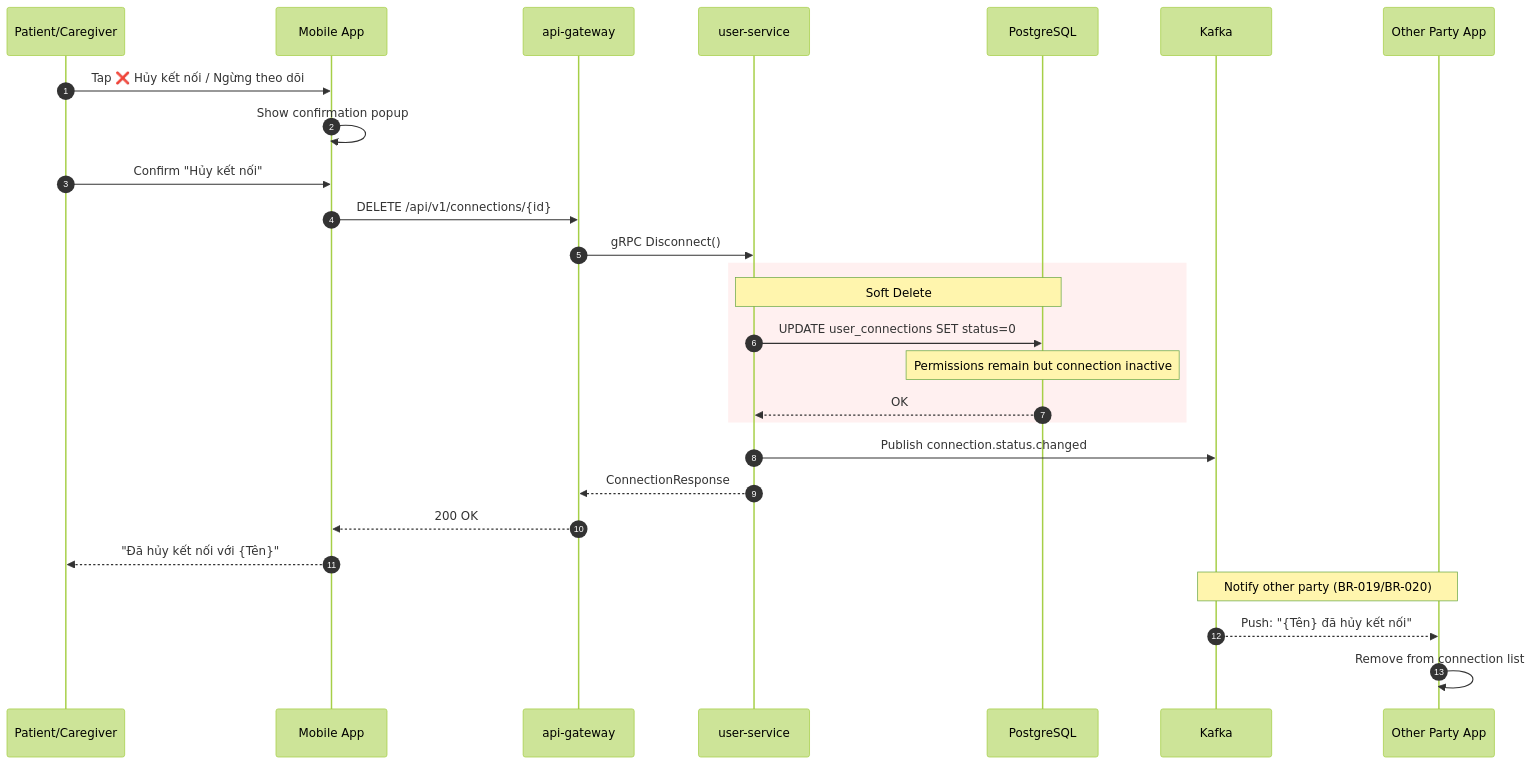
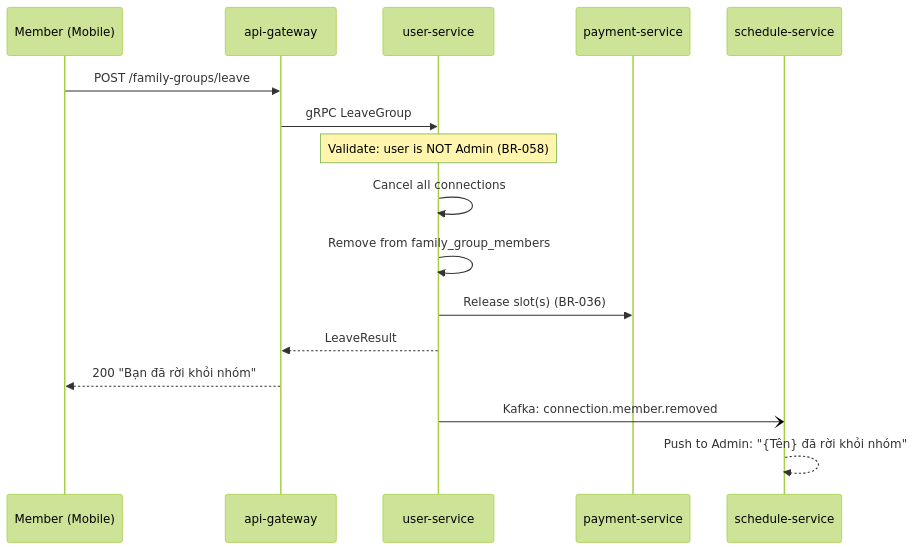
The sixth of 12 diagrams in nguoi_than/features/ket_noi_nguoi_than/02_planning/sequence-diagram.md (huynv-osp/kolia-huynv-local), drawn with Mermaid (forest theme) before and after one commit. The commit also changed other lines of this file and 30 other files, not shown here.

Commit message:
refactor: :recycle:  update tài liệu kết nối người thân

````diff
--- a/nguoi_than/features/ket_noi_nguoi_than/02_planning/sequence-diagram.md
+++ b/nguoi_than/features/ket_noi_nguoi_than/02_planning/sequence-diagram.md
@@ -243,36 +177,23 @@
 ```mermaid
 sequenceDiagram
-    autonumber
-    participant User as Patient/Caregiver
-    participant App as Mobile App
+    participant User as Member (Mobile)
     participant GW as api-gateway
     participant US as user-service
-    participant DB as PostgreSQL
-    participant Kafka as Kafka
-    participant Other as Other Party App
+    participant PS as payment-service
+    participant SS as schedule-service
 
-    User->>App: Tap ❌ Hủy kết nối / Ngừng theo dõi
-    App->>App: Show confirmation popup
-    User->>App: Confirm "Hủy kết nối"
+    User->>GW: POST /family-groups/leave
+    GW->>US: gRPC LeaveGroup
     
-    App->>GW: DELETE /api/v1/connections/{id}
+    Note over US: Validate: user is NOT Admin (BR-058)
     
-    GW->>US: gRPC Disconnect()
+    US->>US: Cancel all connections
+    US->>US: Remove from family_group_members
+    US->>PS: Release slot(s) (BR-036)
     
-    rect rgb(255, 240, 240)
-        Note over US,DB: Soft Delete
-        US->>DB: UPDATE user_connections SET status=0
-        Note over DB: Permissions remain but connection inactive
-        DB-->>US: OK
-    end
+    US-->>GW: LeaveResult
+    GW-->>User: 200 "Bạn đã rời khỏi nhóm"
     
-    US->>Kafka: Publish connection.status.changed
-    
-    US-->>GW: ConnectionResponse
-    GW-->>App: 200 OK
-    App-->>User: "Đã hủy kết nối với {Tên}"
-    
-    Note over Kafka,Other: Notify other party (BR-019/BR-020)
-    Kafka-->>Other: Push: "{Tên} đã hủy kết nối"
-    Other->>Other: Remove from connection list
+    US-)SS: Kafka: connection.member.removed
+    SS-->>SS: Push to Admin: "{Tên} đã rời khỏi nhóm"
 ```
````
